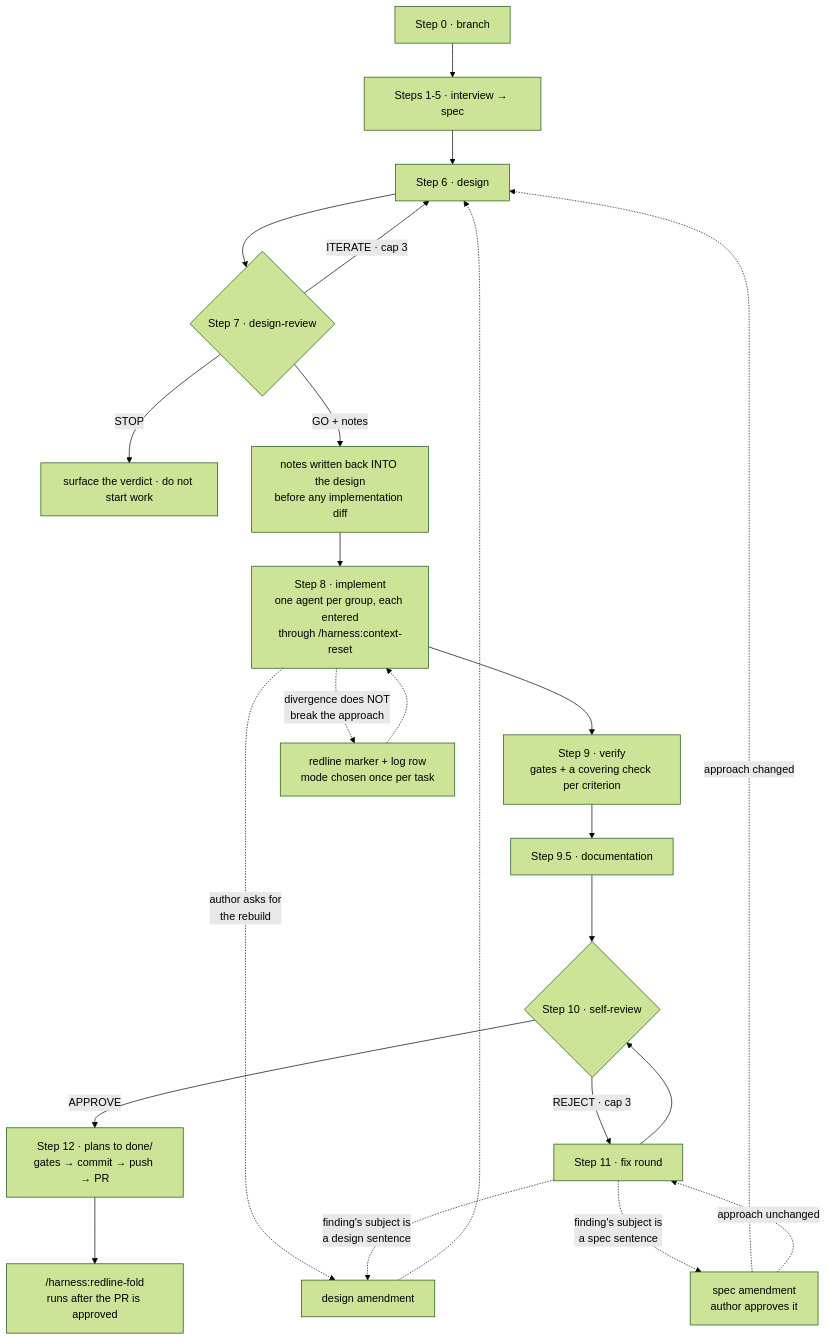
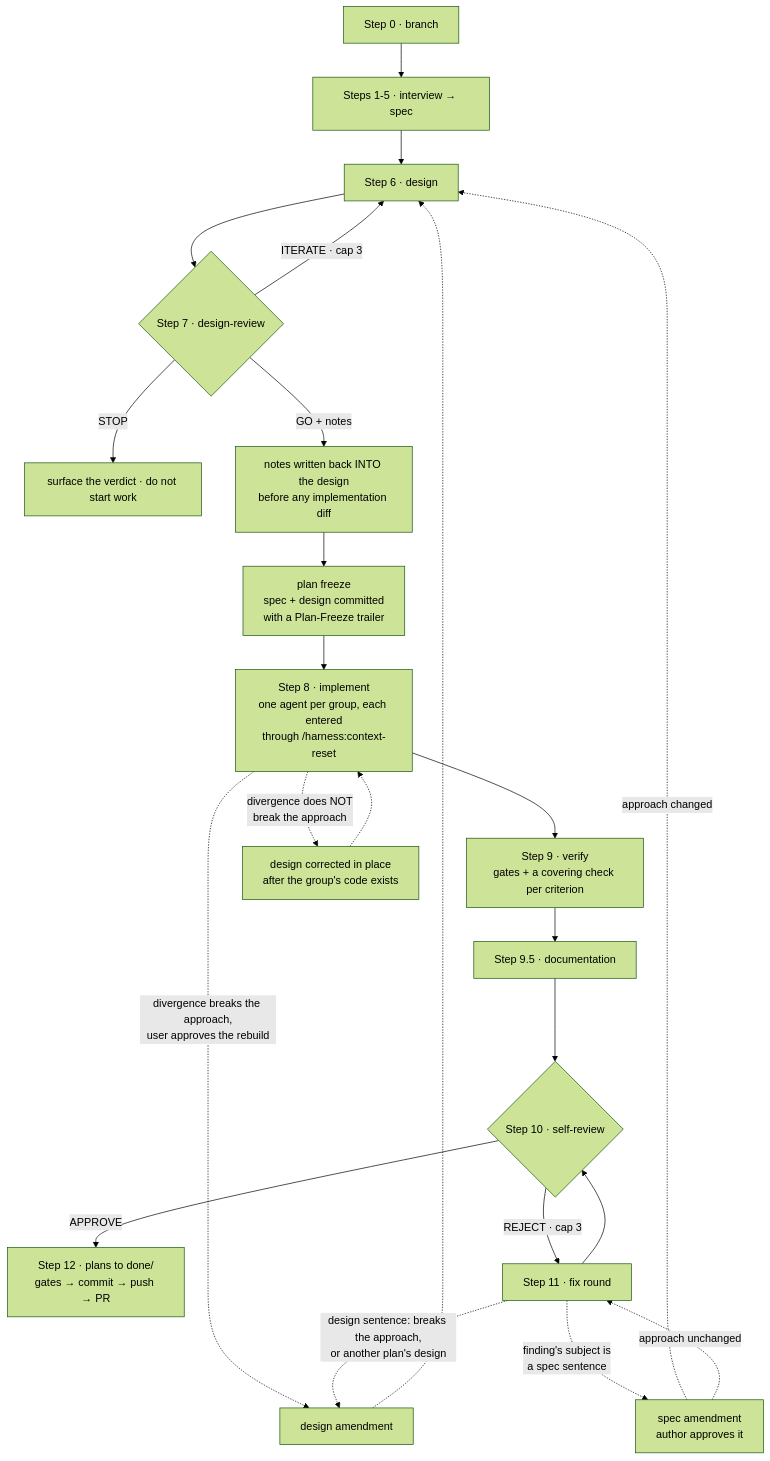
One commit to JeriC4o/agent-harness changed the first of 2 diagrams in README.md. Above: the diagram before and after it, drawn with Mermaid (forest theme). The commit also changed other lines of this file and 53 other files, not shown here.

````diff
--- a/README.md
+++ b/README.md
@@ -285,26 +285,26 @@
 ```mermaid
 flowchart TD
     S0["Step 0 · branch"] --> S15["Steps 1-5 · interview → spec"]
     S15 --> S6["Step 6 · design"]
     S6 --> S7{"Step 7 · design-review"}
     S7 -->|"ITERATE · cap 3"| S6
     S7 -->|STOP| OUT1["surface the verdict · do not start work"]
     S7 -->|"GO + notes"| WB["notes written back INTO the design<br/>before any implementation diff"]
-    WB --> S8["Step 8 · implement<br/>one agent per group, each entered<br/>through /harness:context-reset"]
+    WB --> FZ["plan freeze<br/>spec + design committed<br/>with a Plan-Freeze trailer"]
+    FZ --> S8["Step 8 · implement<br/>one agent per group, each entered<br/>through /harness:context-reset"]
     S8 --> S9["Step 9 · verify<br/>gates + a covering check per criterion"]
     S9 --> S95["Step 9.5 · documentation"]
     S95 --> S10{"Step 10 · self-review"}
     S10 -->|APPROVE| S12["Step 12 · plans to done/<br/>gates → commit → push → PR"]
     S10 -->|"REJECT · cap 3"| S11["Step 11 · fix round"]
     S11 --> S10
-    S12 --> FOLD["/harness:redline-fold<br/>runs after the PR is approved"]
 
-    S8 -.->|"divergence does NOT<br/>break the approach"| RL["redline marker + log row<br/>mode chosen once per task"]
-    RL -.-> S8
-    S8 -.->|"author asks for<br/>the rebuild"| AMD["design amendment"]
-    S11 -.->|"finding's subject is<br/>a design sentence"| AMD
+    S8 -.->|"divergence does NOT<br/>break the approach"| CIP["design corrected in place<br/>after the group's code exists"]
+    CIP -.-> S8
+    S8 -.->|"divergence breaks the approach,<br/>user approves the rebuild"| AMD["design amendment"]
+    S11 -.->|"design sentence: breaks the approach,<br/>or another plan's design"| AMD
     AMD -.-> S6
     S11 -.->|"finding's subject is<br/>a spec sentence"| AMS["spec amendment<br/>author approves it"]
     AMS -.->|"approach changed"| S6
     AMS -.->|"approach unchanged"| S11
 ```
````
